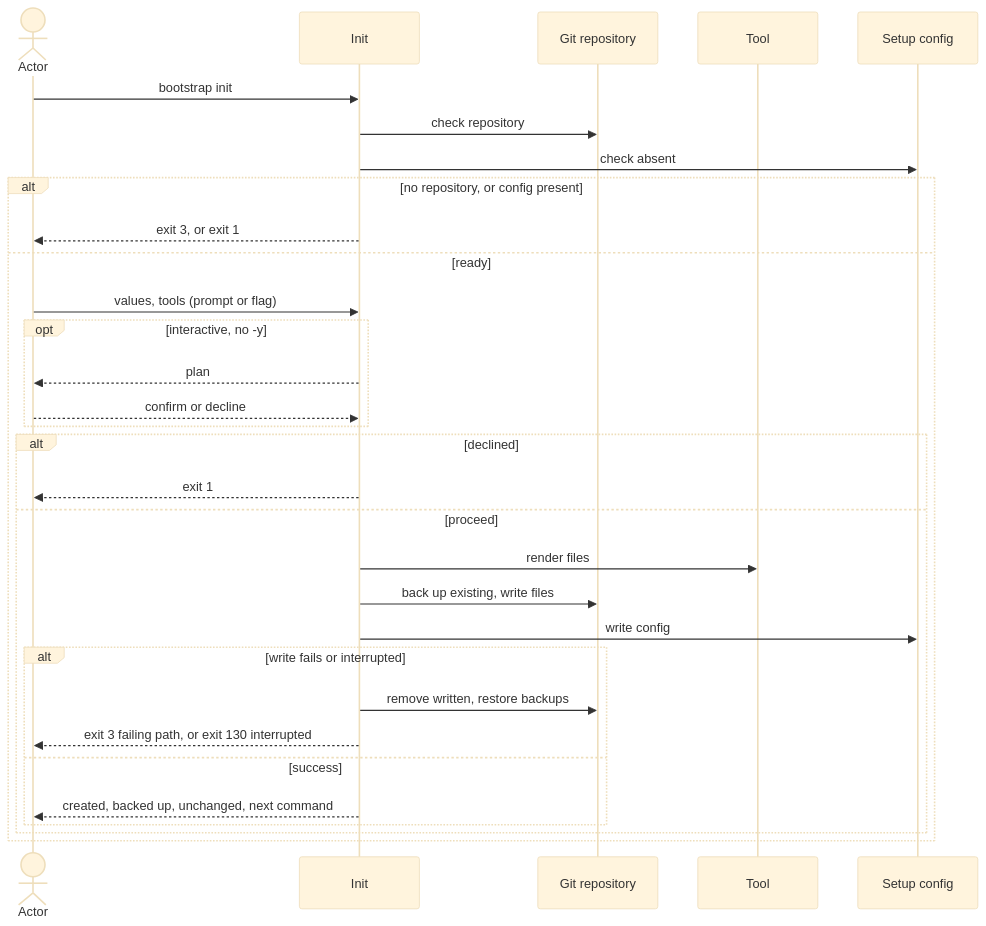
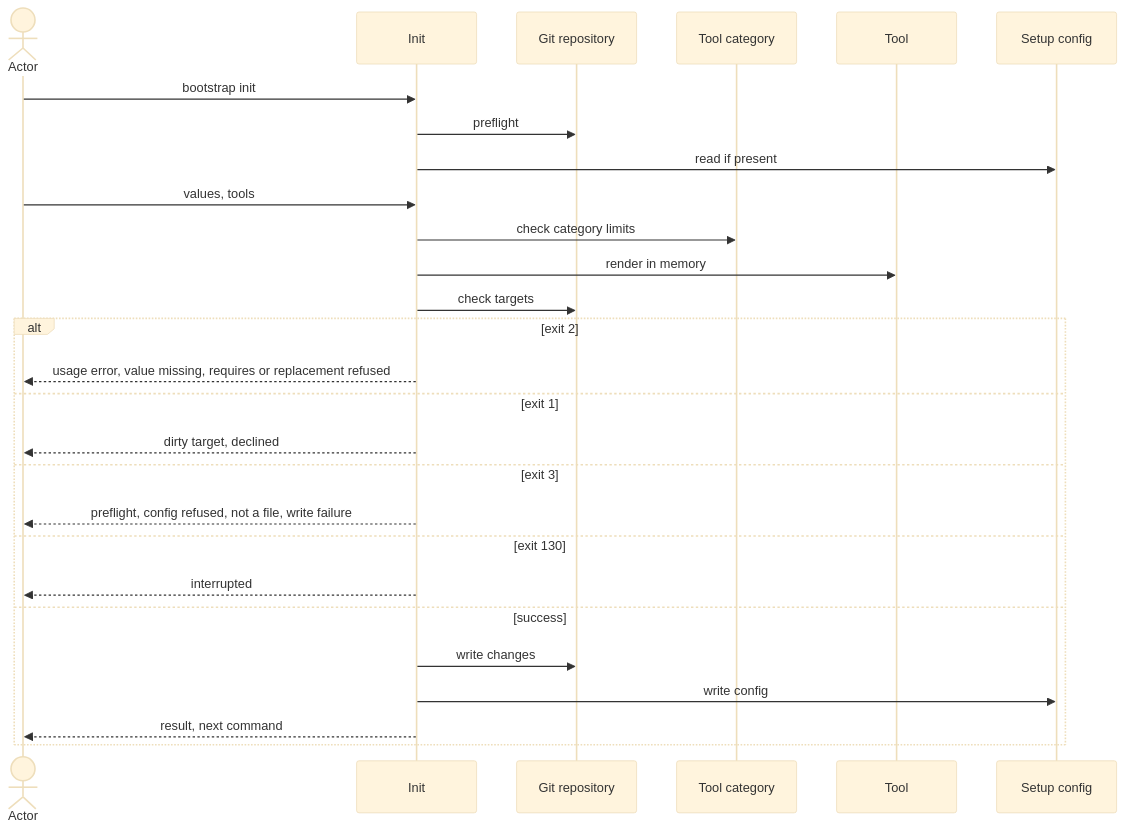
One commit to virajp/bootstrap changed the diagram in docs/blueprint/flows/cli/110-setup-repository/index.md. Above: the diagram before and after it, drawn with Mermaid (base theme). The commit also changed other lines of this file and 31 other files, not shown here.

````diff
--- a/docs/blueprint/flows/cli/110-setup-repository/index.md
+++ b/docs/blueprint/flows/cli/110-setup-repository/index.md
@@ -125,33 +214,29 @@
 ```mermaid
 sequenceDiagram
     actor O as Actor
     participant I as Init
     participant R as Git repository
+    participant K as Tool category
     participant G as Tool
     participant C as Setup config
     O->>I: bootstrap init
-    I->>R: check repository
-    I->>C: check absent
-    alt no repository, or config present
-        I-->>O: exit 3, or exit 1
-    else ready
-    O->>I: values, tools (prompt or flag)
-    opt interactive, no -y
-        I-->>O: plan
-        O-->>I: confirm or decline
-    end
-    alt declined
-        I-->>O: exit 1
-    else proceed
-        I->>G: render files
-        I->>R: back up existing, write files
+    I->>R: preflight
+    I->>C: read if present
+    O->>I: values, tools
+    I->>K: check category limits
+    I->>G: render in memory
+    I->>R: check targets
+    alt exit 2
+        I-->>O: usage error, value missing, requires or replacement refused
+    else exit 1
+        I-->>O: dirty target, declined
+    else exit 3
+        I-->>O: preflight, config refused, not a file, write failure
+    else exit 130
+        I-->>O: interrupted
+    else success
+        I->>R: write changes
         I->>C: write config
-        alt write fails or interrupted
-            I->>R: remove written, restore backups
-            I-->>O: exit 3 failing path, or exit 130 interrupted
-        else success
-            I-->>O: created, backed up, unchanged, next command
-        end
-    end
+        I-->>O: result, next command
     end
 ```
````
